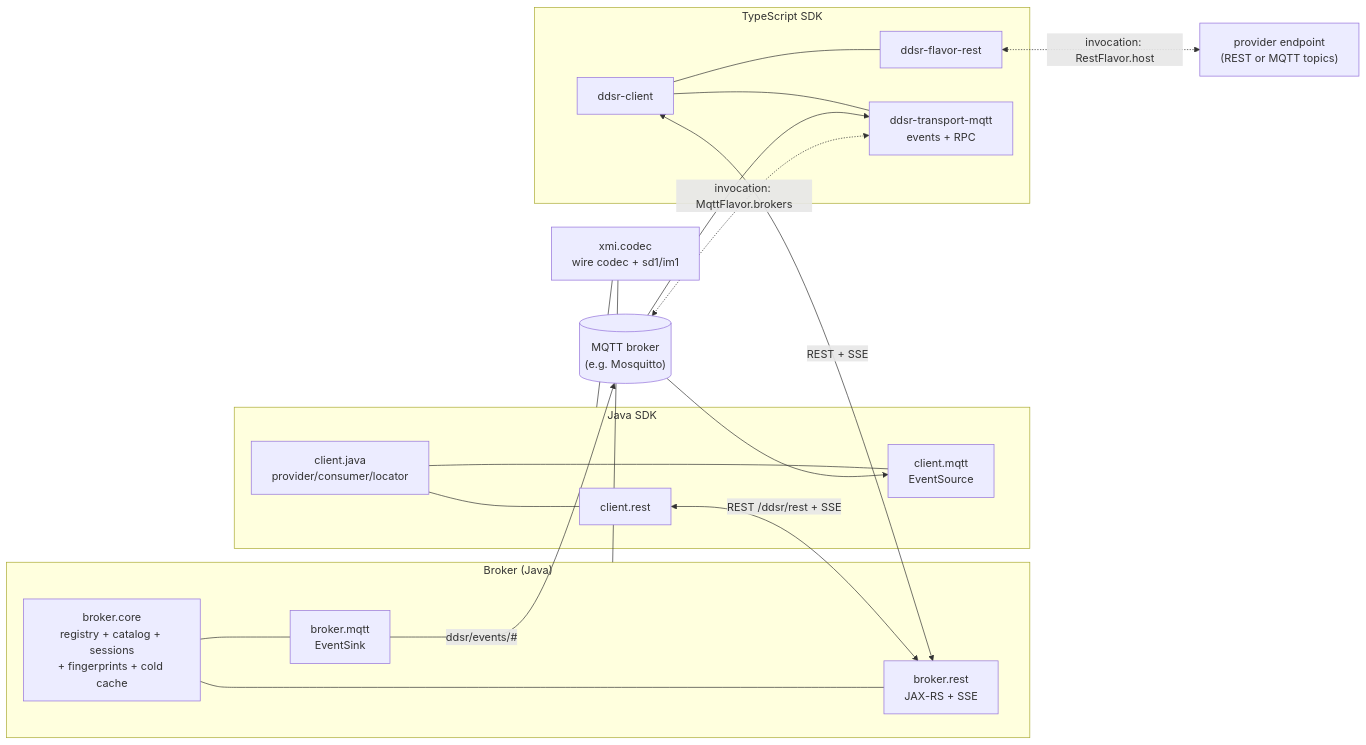
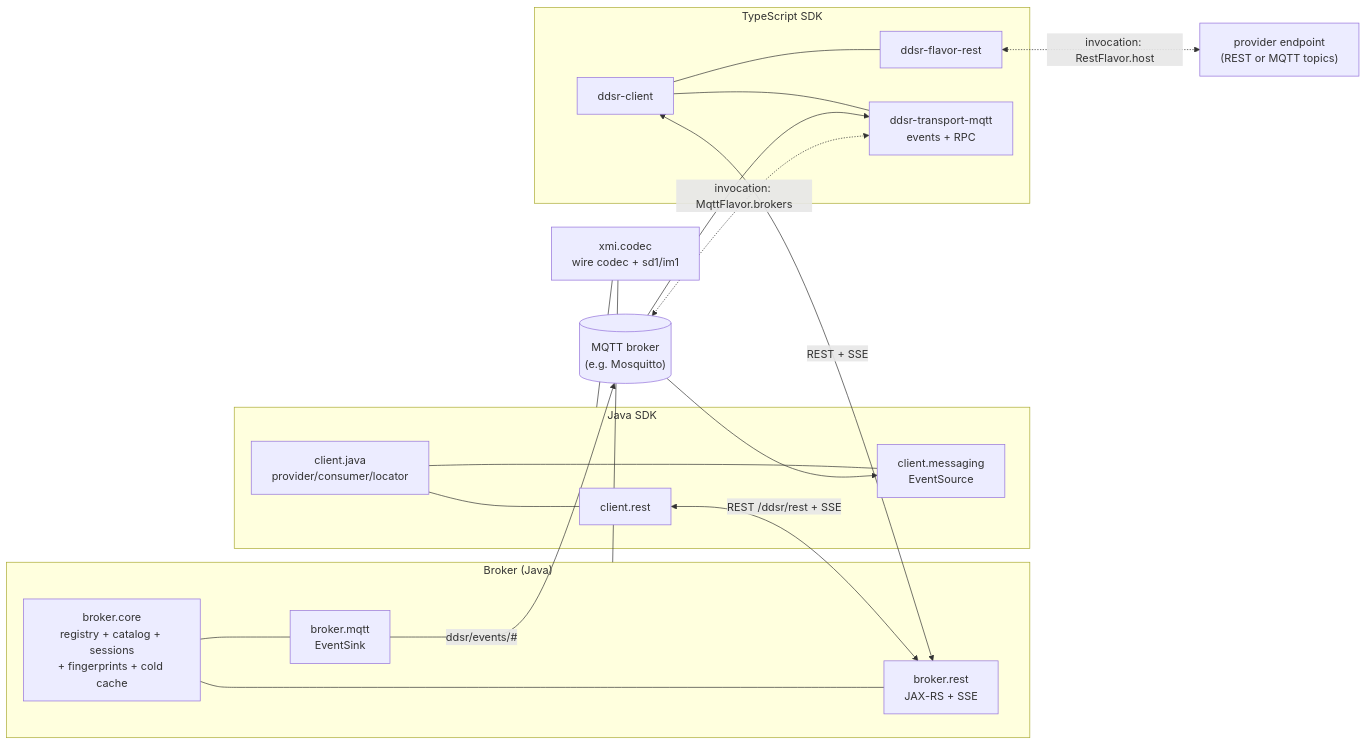
The first of 3 diagrams in docs/ARCHITECTURE.md (eclipse-fennec/emf.services), drawn with Mermaid before and after one commit. The commit also changed other lines of this file and 101 other files, not shown here.

````diff
--- a/docs/ARCHITECTURE.md
+++ b/docs/ARCHITECTURE.md
@@ -14,34 +14,34 @@
 ```mermaid
 flowchart LR
   subgraph Broker["Broker (Java)"]
     core["broker.core<br/>registry + catalog + sessions<br/>+ fingerprints + cold cache"]
     rest["broker.rest<br/>JAX-RS + SSE"]
     bmqtt["broker.mqtt<br/>EventSink"]
     core --- rest
     core --- bmqtt
   end
   codec["xmi.codec<br/>wire codec + sd1/im1"]
   subgraph JavaSDK["Java SDK"]
     cj["client.java<br/>provider/consumer/locator"]
     cr["client.rest"]
-    cm["client.mqtt<br/>EventSource"]
+    cm["client.messaging<br/>EventSource"]
     cj --- cr
     cj --- cm
   end
   subgraph TS["TypeScript SDK"]
     tsc["ddsr-client"]
     tsr["ddsr-flavor-rest"]
     tsm["ddsr-transport-mqtt<br/>events + RPC"]
     tsc --- tsr
     tsc --- tsm
   end
   cr <-- "REST /ddsr/rest + SSE" --> rest
   tsc <-- "REST + SSE" --> rest
   bmqtt -- "ddsr/events/#" --> mq[("MQTT broker<br/>(e.g. Mosquitto)")]
   mq --> cm
   mq --> tsm
   tsr <-. "invocation: RestFlavor.host" .-> prov["provider endpoint<br/>(REST or MQTT topics)"]
   tsm <-. "invocation: MqttFlavor.brokers" .-> mq
   Broker --- codec
   JavaSDK --- codec
 ```
````
